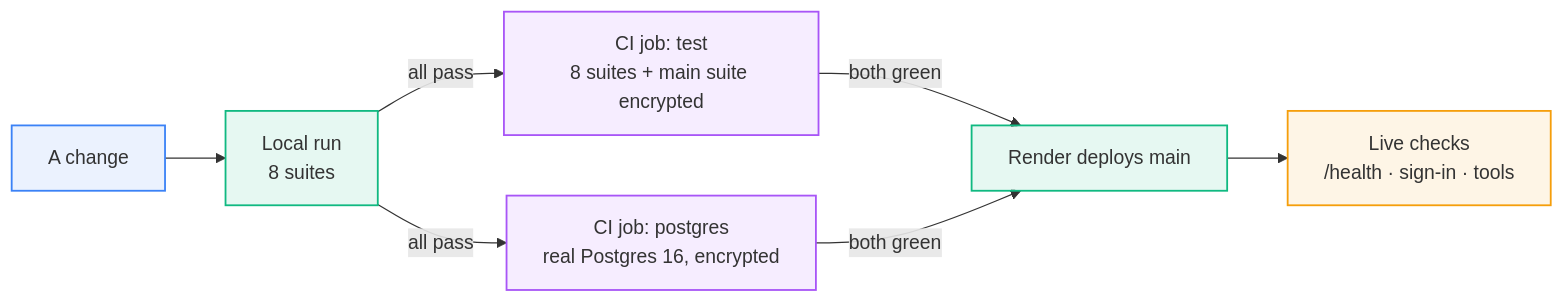
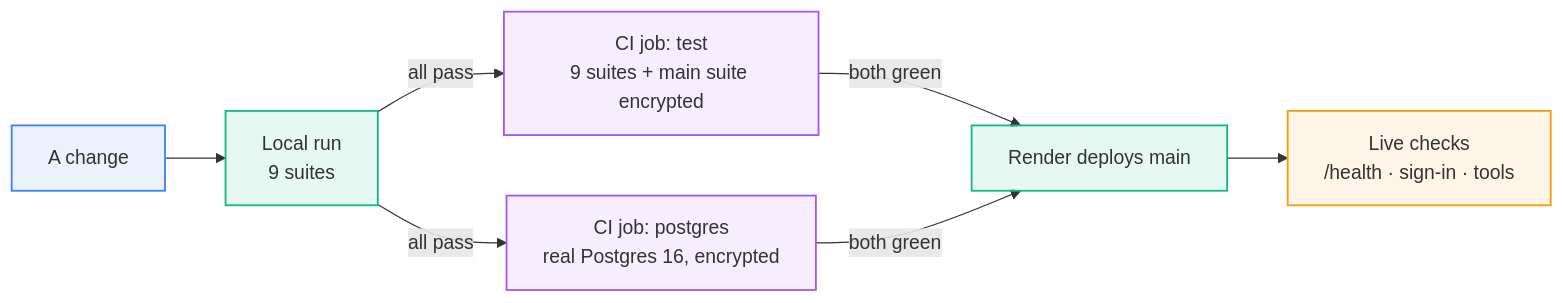
Before and after one commit to TusharSamantaray/career-copilot-mcp: the first of 3 diagrams in docs/ENGINEERING.md, drawn with Mermaid. The commit also changed other lines of this file and 8 other files, not shown here.

````diff
--- a/docs/ENGINEERING.md
+++ b/docs/ENGINEERING.md
@@ -15,17 +15,17 @@
 ```mermaid
 flowchart LR
   classDef copilot fill:#10B9811A,stroke:#10B981,stroke-width:1.5px
   classDef guard fill:#A855F71A,stroke:#A855F7,stroke-width:1.5px
   classDef store fill:#F59E0B1A,stroke:#F59E0B,stroke-width:1.5px
   classDef person fill:#3B82F61A,stroke:#3B82F6,stroke-width:1.5px
 
   change["A change"]:::person
-  local["Local run<br/>8 suites"]:::copilot
-  ci1["CI job: test<br/>8 suites + main suite encrypted"]:::guard
+  local["Local run<br/>9 suites"]:::copilot
+  ci1["CI job: test<br/>9 suites + main suite encrypted"]:::guard
   ci2["CI job: postgres<br/>real Postgres 16, encrypted"]:::guard
   deploy["Render deploys main"]:::copilot
   live["Live checks<br/>/health · sign-in · tools"]:::store
 
   change --> local -- "all pass" --> ci1 & ci2
   ci1 & ci2 -- "both green" --> deploy --> live
 ```
````
